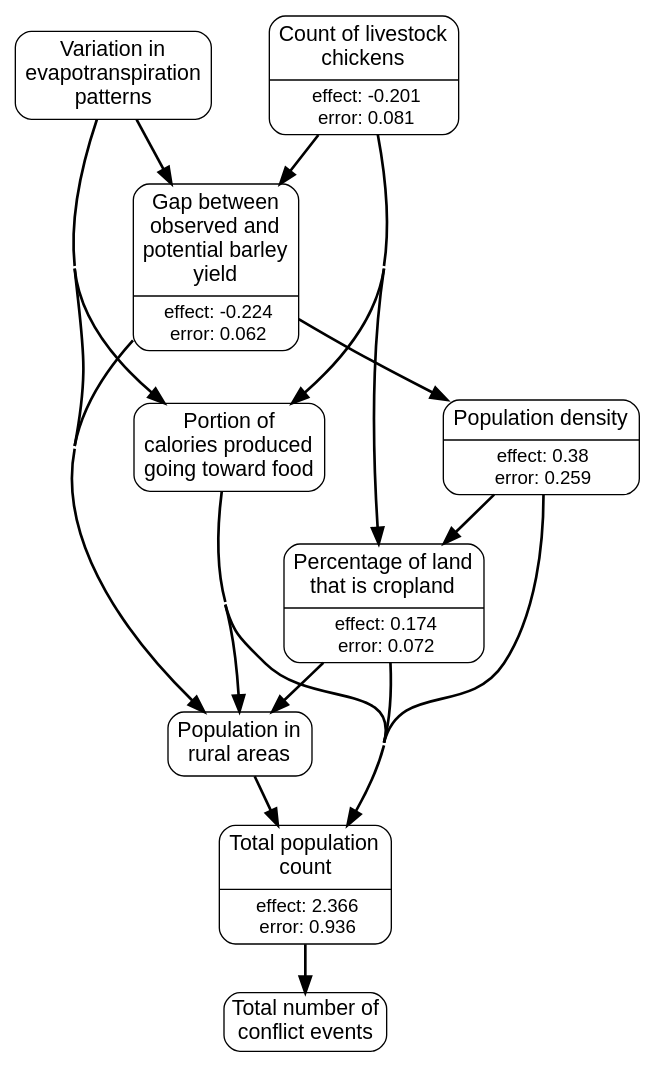
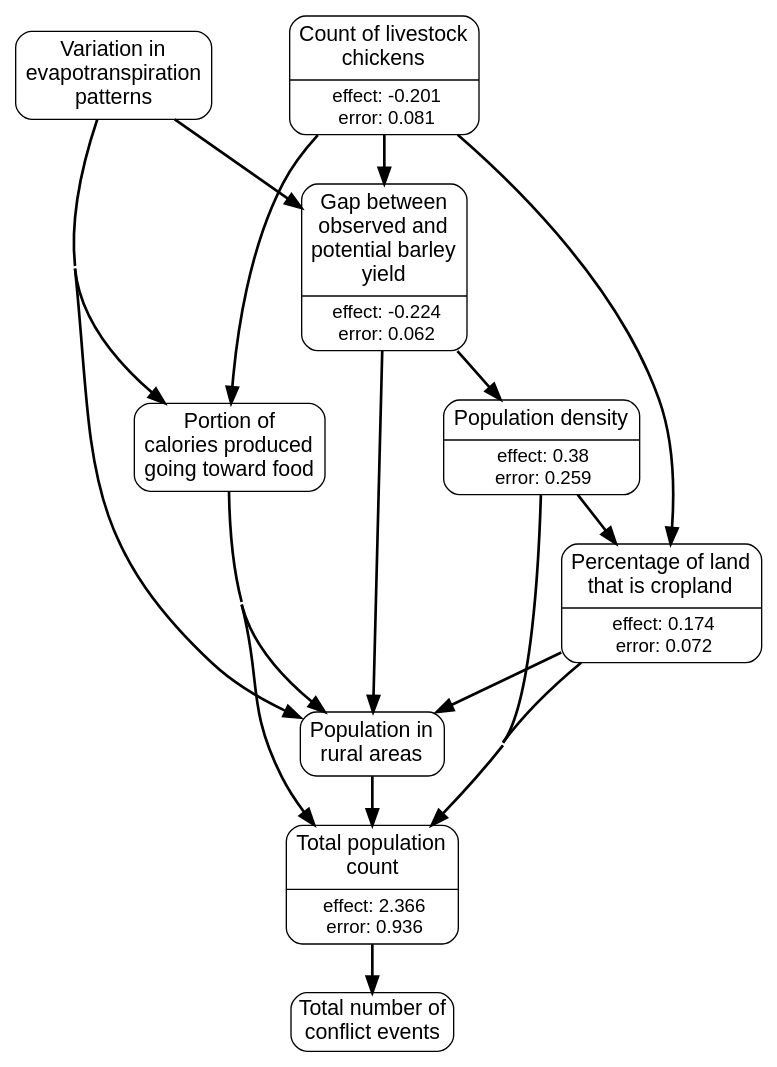
Before and after one commit to wri/wri-wpsi: the diagram in app/javascript/images/regions/causal_graphs/europe_and_central_asia.gv, drawn with Graphviz. The commit also changed 14 other files, not shown here.

```diff
--- a/app/javascript/images/regions/causal_graphs/europe_and_central_asia.gv
+++ b/app/javascript/images/regions/causal_graphs/europe_and_central_asia.gv
@@ -1,67 +1,70 @@
 # generated file for region: europe_and_central_asia by CausalModelRegionGenerator
 strict digraph causalModel {
 nodesep = 0.4;
 concentrate = true;
 node[shape = Mrecord, fontname = "Helvetica, Arial, sans-serif", margin = "0.07,0.05", penwidth = 1.0];
 edge[arrowsize = 1.2, penwidth = 2];
 
-#ranks
-{rank=same; et_anom_m_STD_m chicken_number_s; }
-# links
-et_anom_m_STD_m -> yield_gap_barley_s ;
-et_anom_m_STD_m -> rurpop_s ;
-et_anom_m_STD_m -> DeliveredkcalFraction_s ;
-chicken_number_s -> yield_gap_barley_s ;
-chicken_number_s -> Cropland2000_mean_percent_s ;
-chicken_number_s -> DeliveredkcalFraction_s ;
-yield_gap_barley_s -> rurpop_s ;
-yield_gap_barley_s -> locdensity_y ;
-rurpop_s -> loccount_y ;
-Cropland2000_mean_percent_s -> rurpop_s ;
-Cropland2000_mean_percent_s -> loccount_y ;
-loccount_y -> acl_sum_evnt_m ;
-locdensity_y -> Cropland2000_mean_percent_s ;
-locdensity_y -> loccount_y ;
-DeliveredkcalFraction_s -> rurpop_s ;
-DeliveredkcalFraction_s -> loccount_y ;
 # nodes
 et_anom_m_STD_m [label = <<table align="center" border="0" cellspacing="1" cellpadding="1">
 <tr><td><font point-size="16">Variation in<br/>evapotranspiration<br/>patterns<br/></font></td></tr>
 </table>
 >, class = rankA];
 chicken_number_s [label = <{<table align="center" border="0" cellspacing="1" cellpadding="1">
 <tr><td><font point-size="16">Count of livestock<br/>chickens<br/></font></td></tr>
 </table>
 |<table border="0" cellspacing="1" cellpadding="0.5"><tr><td><font point-size="14">effect: -0.201</font></td></tr>
 <tr><td><font point-size="14">error: 0.081</font></td></tr></table>}>, class = rankA];
 yield_gap_barley_s [label = <{<table align="center" border="0" cellspacing="1" cellpadding="1">
 <tr><td><font point-size="16">Gap between<br/>observed and<br/>potential barley<br/>yield<br/></font></td></tr>
 </table>
 |<table border="0" cellspacing="1" cellpadding="0.5"><tr><td><font point-size="14">effect: -0.224</font></td></tr>
 <tr><td><font point-size="14">error: 0.062</font></td></tr></table>}>, class = rankB];
 rurpop_s [label = <<table align="center" border="0" cellspacing="1" cellpadding="1">
 <tr><td><font point-size="16">Population in<br/>rural areas<br/></font></td></tr>
 </table>
 >, class = rankB];
 Cropland2000_mean_percent_s [label = <{<table align="center" border="0" cellspacing="1" cellpadding="1">
 <tr><td><font point-size="16">Percentage of land<br/>that is cropland<br/></font></td></tr>
 </table>
 |<table border="0" cellspacing="1" cellpadding="0.5"><tr><td><font point-size="14">effect: 0.174</font></td></tr>
 <tr><td><font point-size="14">error: 0.072</font></td></tr></table>}>, class = rankB];
 loccount_y [label = <{<table align="center" border="0" cellspacing="1" cellpadding="1">
 <tr><td><font point-size="16">Total population<br/>count<br/></font></td></tr>
 </table>
 |<table border="0" cellspacing="1" cellpadding="0.5"><tr><td><font point-size="14">effect: 2.366</font></td></tr>
 <tr><td><font point-size="14">error: 0.936</font></td></tr></table>}>, class = rankB];
 locdensity_y [label = <{<table align="center" border="0" cellspacing="1" cellpadding="1">
 <tr><td><font point-size="16">Population density</font></td></tr>
 </table>
 |<table border="0" cellspacing="1" cellpadding="0.5"><tr><td><font point-size="14">effect: 0.38</font></td></tr>
 <tr><td><font point-size="14">error: 0.259</font></td></tr></table>}>, class = rankB];
 DeliveredkcalFraction_s [label = <<table align="center" border="0" cellspacing="1" cellpadding="1">
 <tr><td><font point-size="16">Portion of<br/>calories produced<br/>going toward food<br/></font></td></tr>
 </table>
 >, class = rankB];
 acl_sum_evnt_m [label = "Total number of
 conflict events", class = rankC, shape=box, style=rounded, fontsize="16pt"];
+
+#ranks
+{rank=same; et_anom_m_STD_m chicken_number_s; }
+
+# links
+et_anom_m_STD_m -> yield_gap_barley_s ;
+et_anom_m_STD_m -> rurpop_s ;
+et_anom_m_STD_m -> DeliveredkcalFraction_s ;
+chicken_number_s -> yield_gap_barley_s ;
+chicken_number_s -> Cropland2000_mean_percent_s ;
+chicken_number_s -> DeliveredkcalFraction_s ;
+yield_gap_barley_s -> rurpop_s ;
+yield_gap_barley_s -> locdensity_y ;
+rurpop_s -> loccount_y ;
+Cropland2000_mean_percent_s -> rurpop_s ;
+Cropland2000_mean_percent_s -> loccount_y ;
+loccount_y -> acl_sum_evnt_m ;
+locdensity_y -> Cropland2000_mean_percent_s ;
+locdensity_y -> loccount_y ;
+DeliveredkcalFraction_s -> rurpop_s ;
+DeliveredkcalFraction_s -> loccount_y ;
+
 }
```
